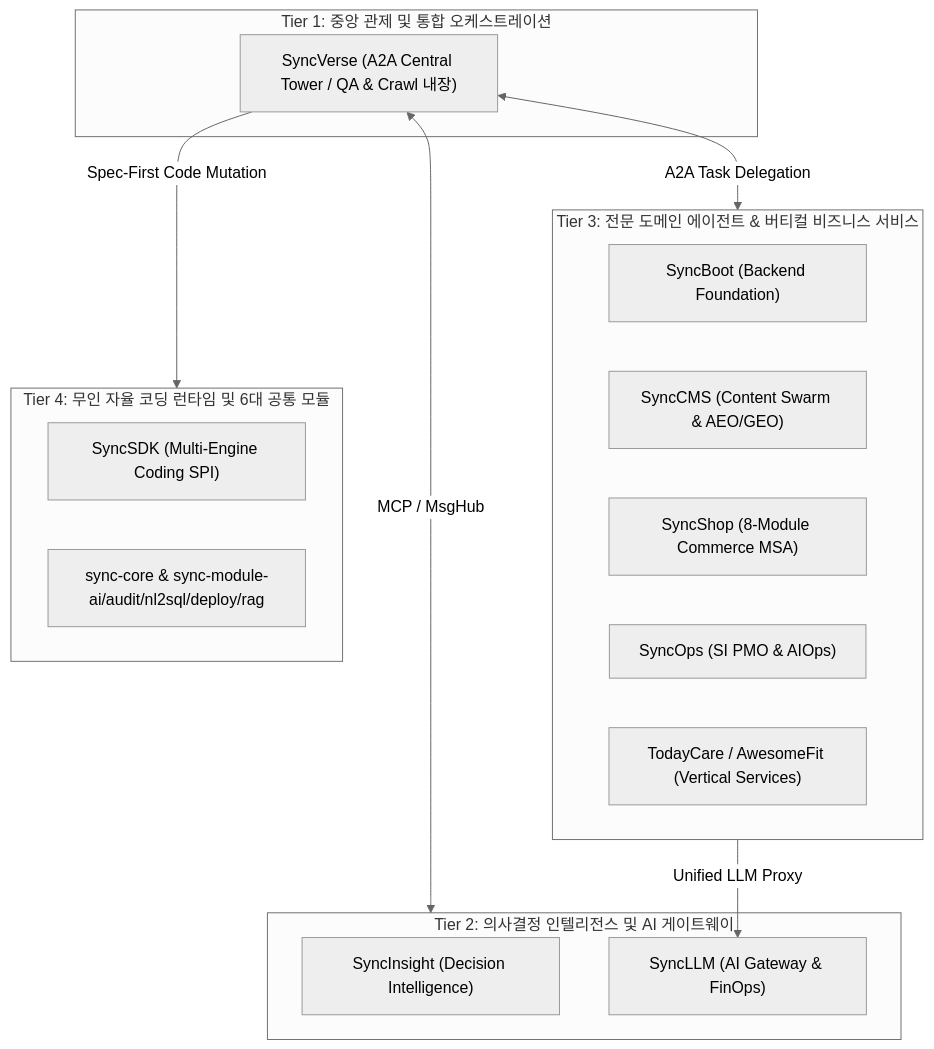
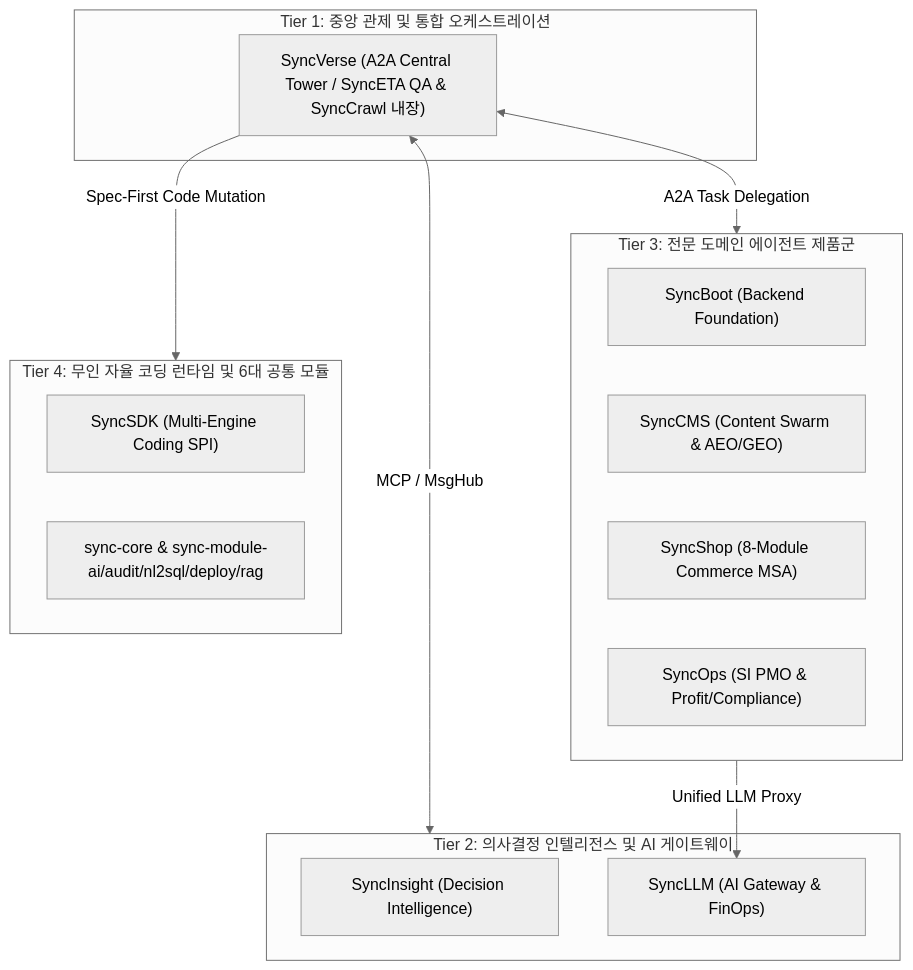
The first of 2 diagrams in ko/ecosystem/index.md (DramaticCollaboration/doc.github.io), drawn with Mermaid (neutral theme) before and after one commit. The commit also changed other lines of this file and 62 other files, not shown here.

````diff
--- a/ko/ecosystem/index.md
+++ b/ko/ecosystem/index.md
@@ -27,29 +27,28 @@
 ```mermaid
 flowchart TB
     subgraph Tier1 ["Tier 1: 중앙 관제 및 통합 오케스트레이션"]
-        SV["SyncVerse (A2A Central Tower / QA & Crawl 내장)"]
+        SV["SyncVerse (A2A Central Tower / SyncETA QA & SyncCrawl 내장)"]
     end
 
     subgraph Tier2 ["Tier 2: 의사결정 인텔리전스 및 AI 게이트웨이"]
         SI["SyncInsight (Decision Intelligence)"]
         SLLM["SyncLLM (AI Gateway & FinOps)"]
     end
 
-    subgraph Tier3 ["Tier 3: 전문 도메인 에이전트 & 버티컬 비즈니스 서비스"]
+    subgraph Tier3 ["Tier 3: 전문 도메인 에이전트 제품군"]
         SB["SyncBoot (Backend Foundation)"]
         SCMS["SyncCMS (Content Swarm & AEO/GEO)"]
         SSHOP["SyncShop (8-Module Commerce MSA)"]
-        SOPS["SyncOps (SI PMO & AIOps)"]
-        VERT["TodayCare / AwesomeFit (Vertical Services)"]
+        SOPS["SyncOps (SI PMO & Profit/Compliance)"]
     end
 
     subgraph Tier4 ["Tier 4: 무인 자율 코딩 런타임 및 6대 공통 모듈"]
         SDK["SyncSDK (Multi-Engine Coding SPI)"]
         CORE["sync-core & sync-module-ai/audit/nl2sql/deploy/rag"]
     end
 
     SV <--> |MCP / MsgHub| Tier2
     SV <--> |A2A Task Delegation| Tier3
     SV --> |Spec-First Code Mutation| Tier4
     Tier3 --> |Unified LLM Proxy| SLLM
 ```
````
